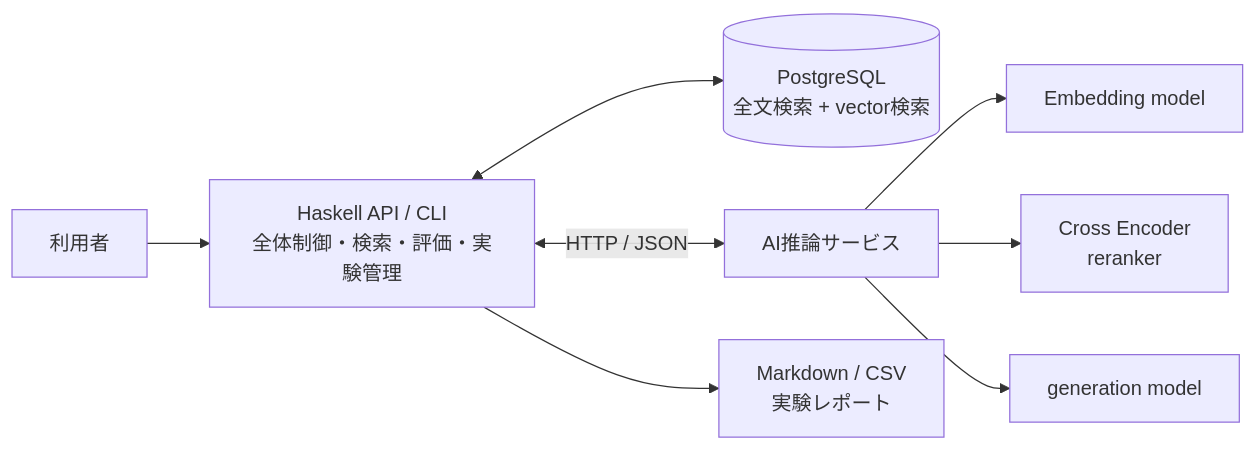
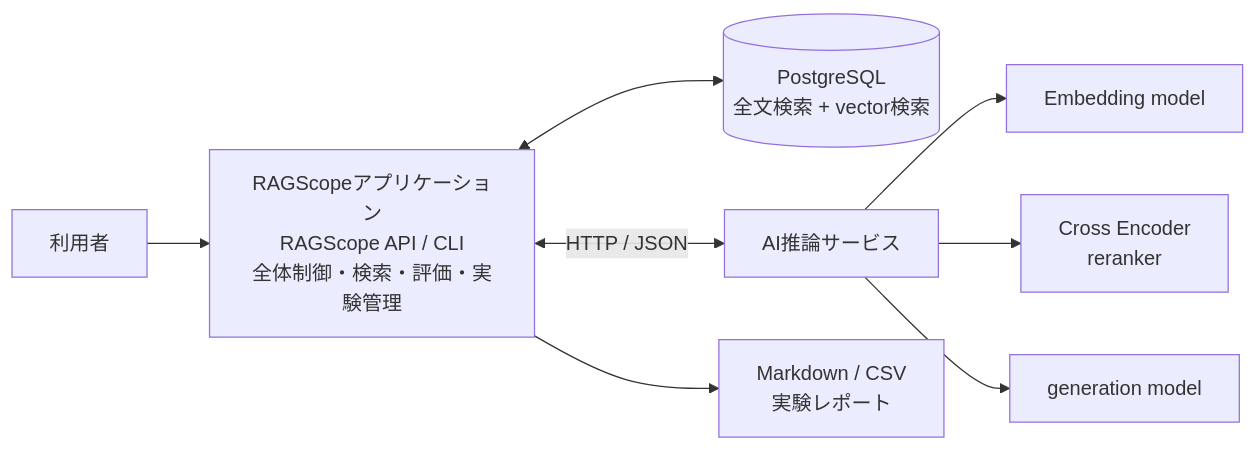
The first of 6 diagrams in RAGScope/docs/design/システムアーキテクチャ.md (takashit16833/RAGScope), drawn with Mermaid before and after one commit. The commit also changed other lines of this file and 22 other files, not shown here.

````diff
--- a/RAGScope/docs/design/システムアーキテクチャ.md
+++ b/RAGScope/docs/design/システムアーキテクチャ.md
@@ -58,13 +59,13 @@
 ```mermaid
 flowchart LR
-    User["利用者"] --> Haskell["Haskell API / CLI<br>全体制御・検索・評価・実験管理"]
+    User["利用者"] --> Application["RAGScopeアプリケーション<br>RAGScope API / CLI<br>全体制御・検索・評価・実験管理"]
 
-    Haskell <--> DB[("PostgreSQL<br>全文検索 + vector検索")]
-    Haskell <-->|HTTP / JSON| Python["AI推論サービス"]
+    Application <--> DB[("PostgreSQL<br>全文検索 + vector検索")]
+    Application <-->|HTTP / JSON| Python["AI推論サービス"]
 
     Python --> Embedding["Embedding model"]
     Python --> Reranker["Cross Encoder<br>reranker"]
     Python --> Generation["generation model"]
 
-    Haskell --> Report["Markdown / CSV<br>実験レポート"]
+    Application --> Report["Markdown / CSV<br>実験レポート"]
 ```
````
